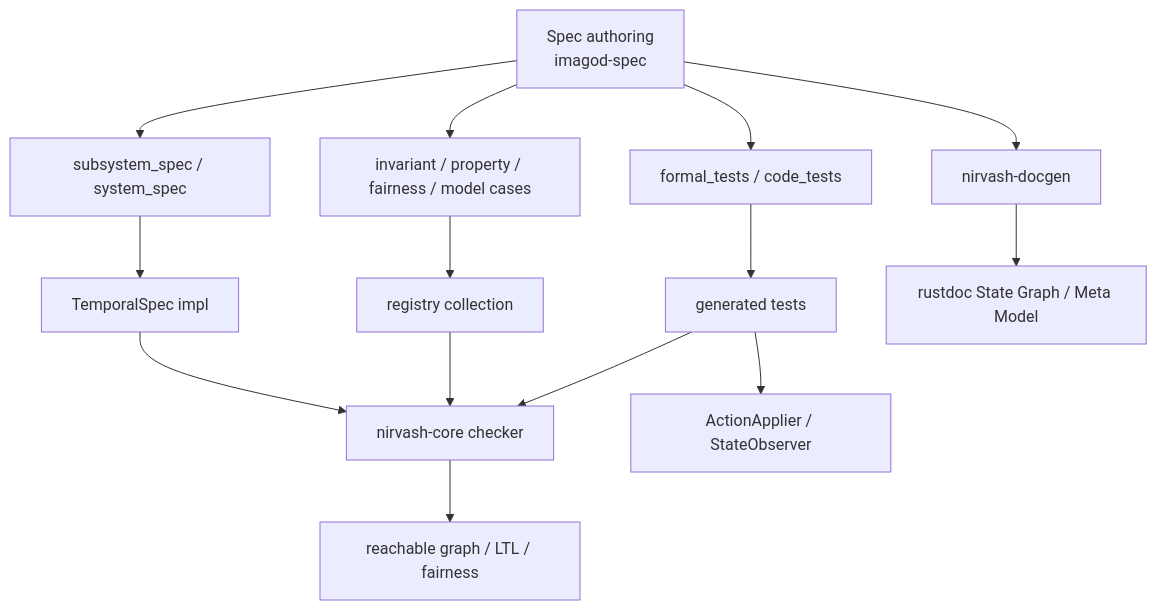
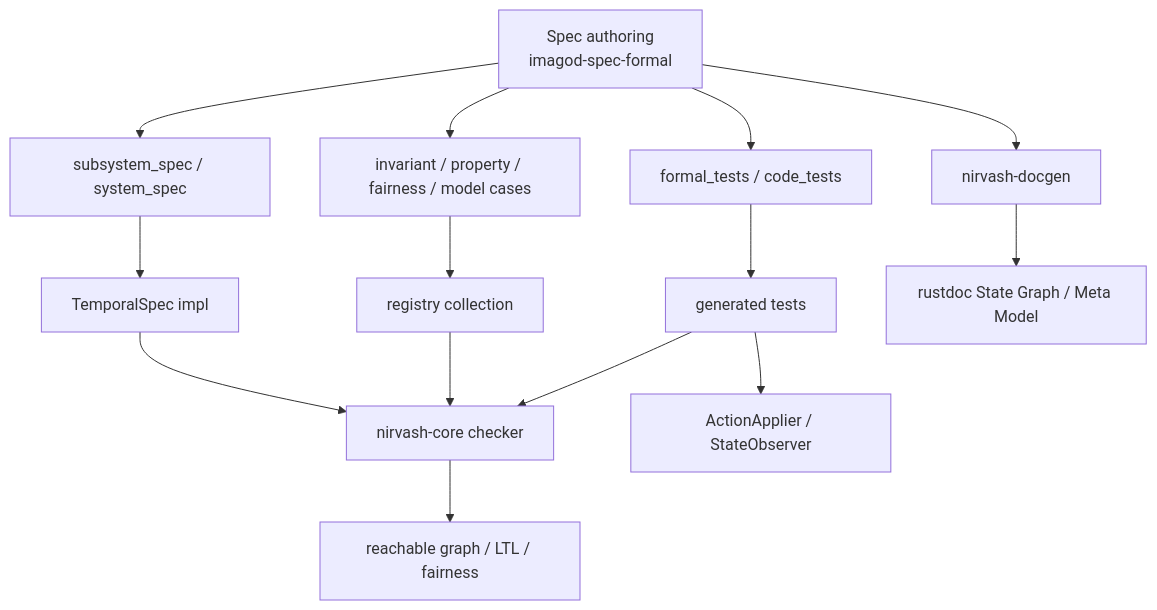
One commit to yieldspace/imago changed the second of 5 diagrams in docs/nirvash-and-imagod-control.md. Above: the diagram before and after it, drawn with Mermaid. The commit also changed other lines of this file and 125 other files, not shown here.

Commit message:
Split formal specs from imagod-spec

````diff
--- a/docs/nirvash-and-imagod-control.md
+++ b/docs/nirvash-and-imagod-control.md
@@ -52,16 +54,16 @@
 ```mermaid
 flowchart TD
-    A["Spec authoring<br/>imagod-spec"] --> B["subsystem_spec / system_spec"]
+    A["Spec authoring<br/>imagod-spec-formal"] --> B["subsystem_spec / system_spec"]
     A --> C["invariant / property / fairness / model cases"]
     A --> D["formal_tests / code_tests"]
     B --> E["TemporalSpec impl"]
     C --> F["registry collection"]
     D --> G["generated tests"]
     E --> H["nirvash-core checker"]
     F --> H
     G --> H
     G --> I["ActionApplier / StateObserver"]
     H --> J["reachable graph / LTL / fairness"]
     A --> K["nirvash-docgen"]
     K --> L["rustdoc State Graph / Meta Model"]
 ```
````
